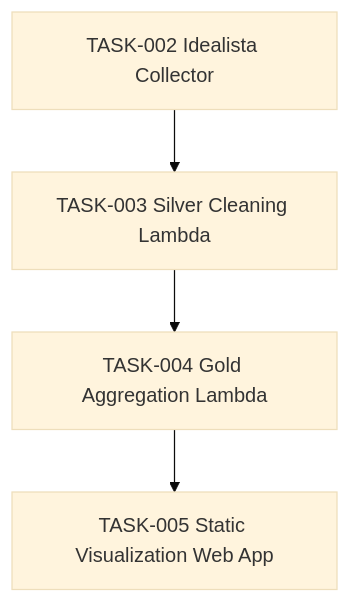
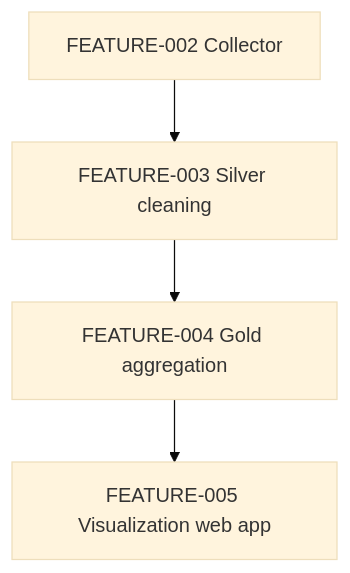
One commit to LeopoldWalther/vlc-real-estate-analytics changed the diagram in dev/plans/README.md. Above: the diagram before and after it, drawn with Mermaid (base theme). The commit also changed other lines of this file and 33 other files, not shown here.

First line of the commit message:
refactor(agents): rework agent workflow to Architect/Review/Implement

````diff
--- a/dev/plans/README.md
+++ b/dev/plans/README.md
@@ -33,6 +20,6 @@
 ```mermaid
 graph TD
-    T002[TASK-002 Idealista Collector] --> T003[TASK-003 Silver Cleaning Lambda]
-    T003 --> T004[TASK-004 Gold Aggregation Lambda]
-    T004 --> T005[TASK-005 Static Visualization Web App]
+    F002[FEATURE-002 Collector] --> F003[FEATURE-003 Silver cleaning]
+    F003 --> F004[FEATURE-004 Gold aggregation]
+    F004 --> F005[FEATURE-005 Visualization web app]
 ```
````
